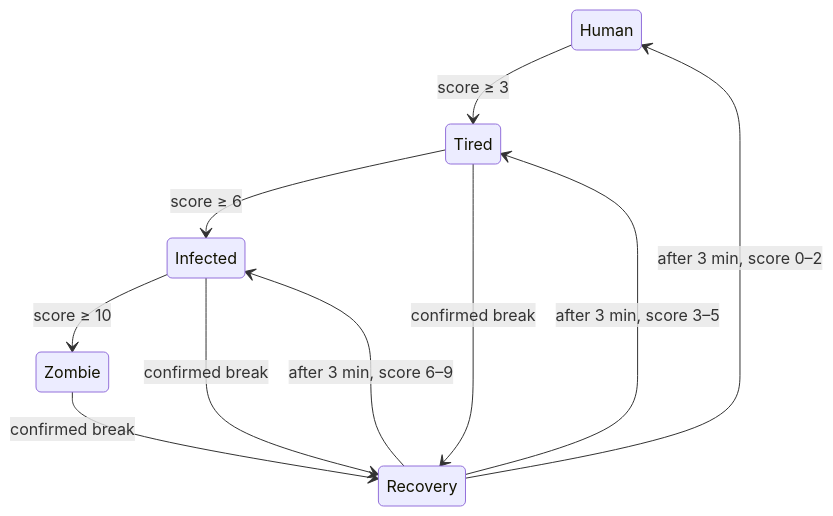
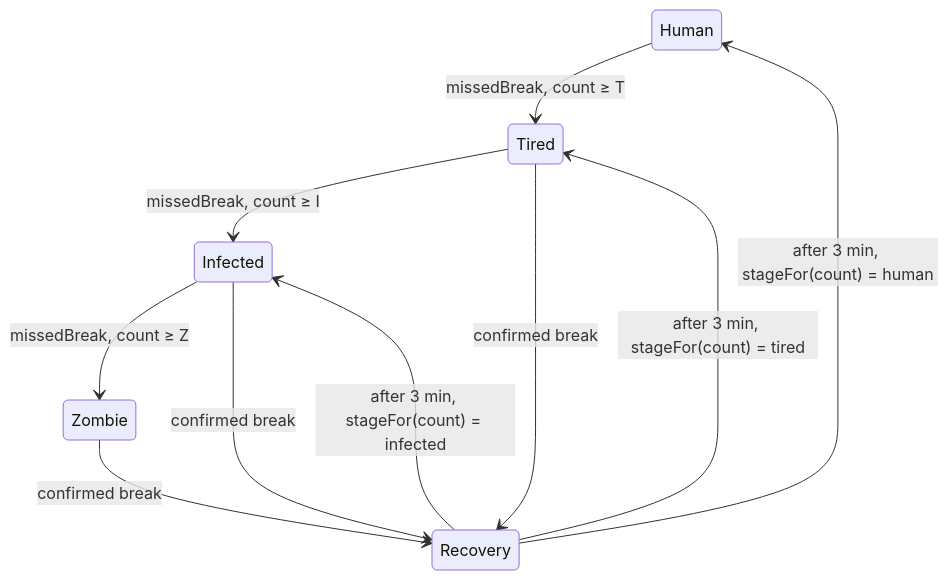
One commit to arilbois/graveyard-shift changed the fourth of 4 diagrams in .kiro/specs/graveyard-shift/design.md. Above: the diagram before and after it, drawn with Mermaid. The commit also changed other lines of this file and 2 other files, not shown here.

````diff
--- a/.kiro/specs/graveyard-shift/design.md
+++ b/.kiro/specs/graveyard-shift/design.md
@@ -257,12 +293,12 @@
 ```mermaid
 stateDiagram-v2
-  Human --> Tired: score ≥ 3
-  Tired --> Infected: score ≥ 6
-  Infected --> Zombie: score ≥ 10
+  Human --> Tired: missedBreak, count ≥ T
+  Tired --> Infected: missedBreak, count ≥ I
+  Infected --> Zombie: missedBreak, count ≥ Z
   Tired --> Recovery: confirmed break
   Infected --> Recovery: confirmed break
   Zombie --> Recovery: confirmed break
-  Recovery --> Human: after 3 min, score 0–2
-  Recovery --> Tired: after 3 min, score 3–5
-  Recovery --> Infected: after 3 min, score 6–9
+  Recovery --> Human: after 3 min, stageFor(count) = human
+  Recovery --> Tired: after 3 min, stageFor(count) = tired
+  Recovery --> Infected: after 3 min, stageFor(count) = infected
 ```
````
